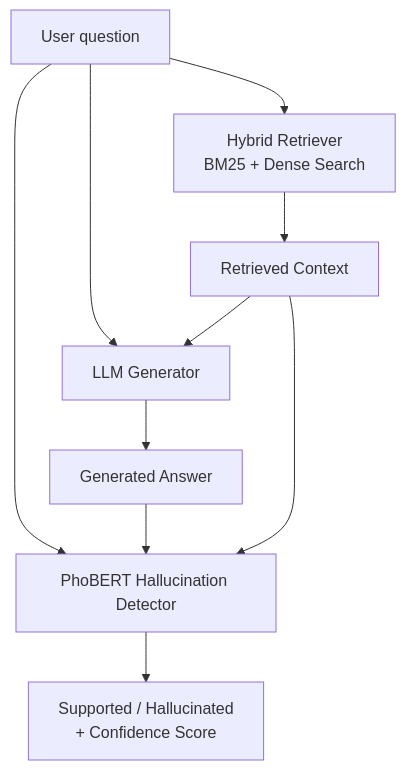
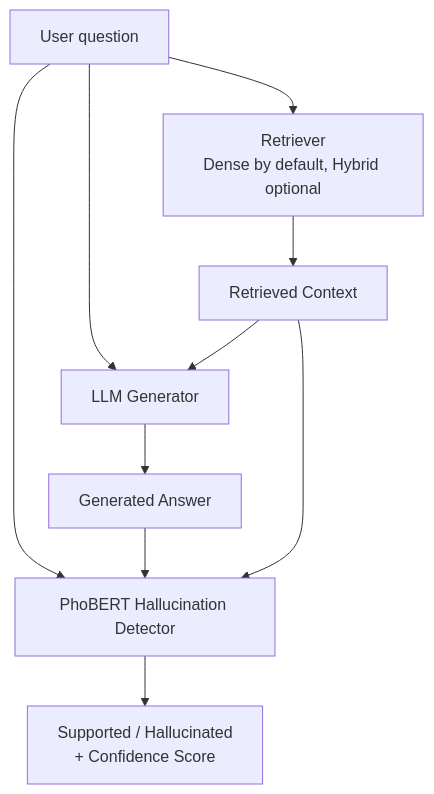
Before and after one commit to TrungpdtE/Hallucination-Detection-for-Vietnamese-Medical-RA: the fourth of 7 diagrams in README.md, drawn with Mermaid. The commit also changed other lines of this file, not shown here.

````diff
--- a/README.md
+++ b/README.md
@@ -150,20 +160,20 @@
 ```mermaid
 flowchart TD
     User[User question]
-    Retriever[Hybrid Retriever<br/>BM25 + Dense Search]
+    Retriever[Retriever<br/>Dense by default, Hybrid optional]
     Context[Retrieved Context]
     Generator[LLM Generator]
     Answer[Generated Answer]
     Verifier[PhoBERT Hallucination Detector]
     Decision[Supported / Hallucinated<br/>+ Confidence Score]
 
     User --> Retriever
     Retriever --> Context
     User --> Generator
     Context --> Generator
     Generator --> Answer
     User --> Verifier
     Answer --> Verifier
     Context --> Verifier
     Verifier --> Decision
 ```
````
